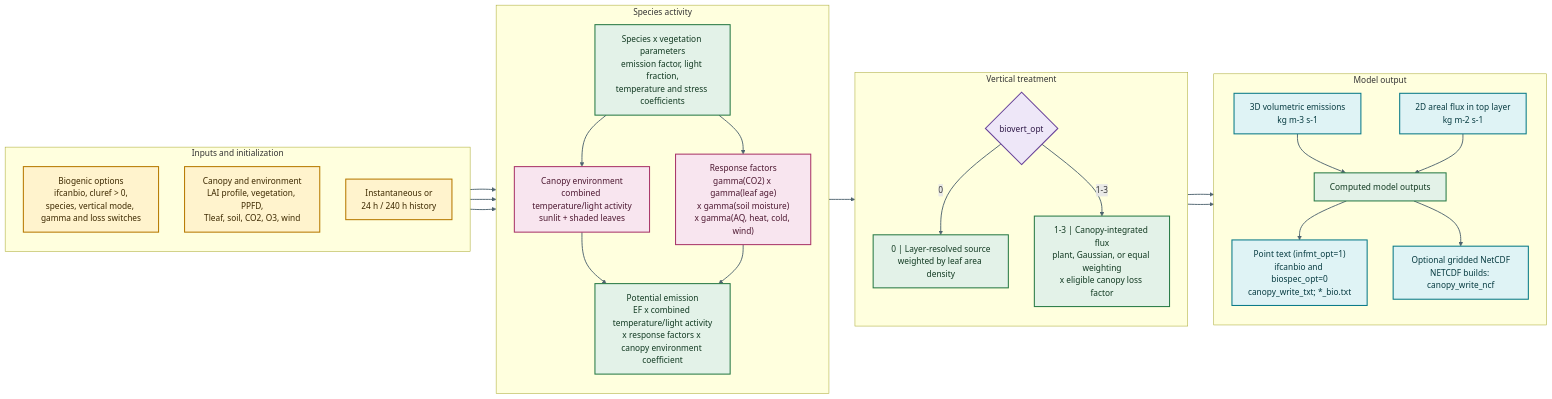
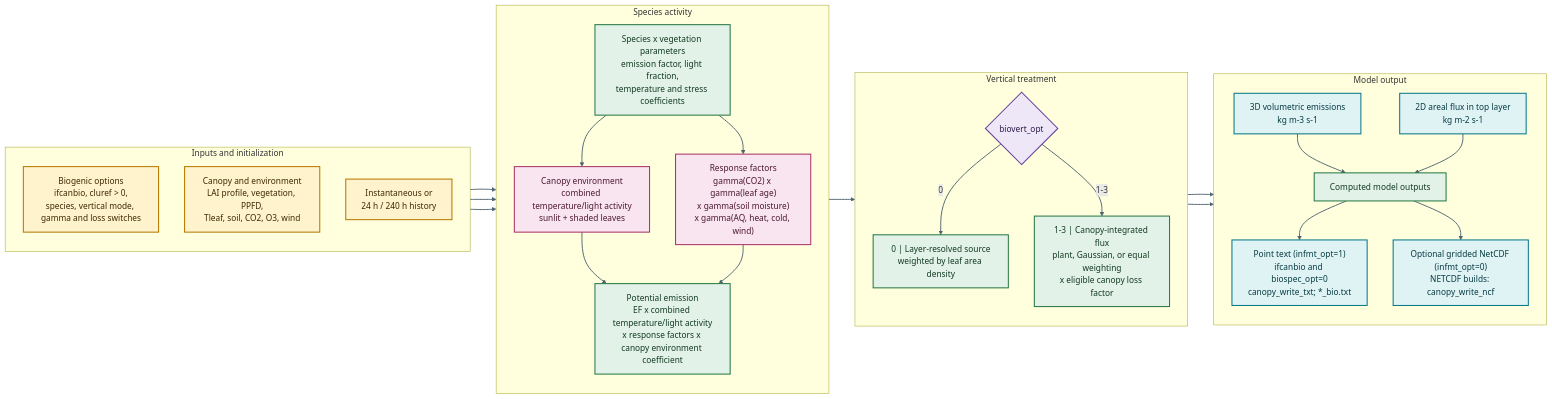
Before and after one commit to noaa-oar-arl/canopy-app: the first of 2 diagrams in docs/science/parameterizations.md, drawn with Mermaid.

Commit message:
Update NCF description for optional gridded NetCDF

````diff
--- a/docs/science/parameterizations.md
+++ b/docs/science/parameterizations.md
@@ -95,56 +95,56 @@
 ```mermaid
 flowchart LR
 	classDef input fill:#FFF3CD,stroke:#B77900,color:#3D2900,stroke-width:2px
 	classDef model fill:#E3F2E8,stroke:#287A45,color:#123A22,stroke-width:2px
 	classDef factor fill:#F8E5EF,stroke:#A93669,color:#4D1831,stroke-width:2px
 	classDef decision fill:#EEE7F8,stroke:#68429A,color:#2F1948,stroke-width:2px
 	classDef output fill:#DFF3F5,stroke:#087987,color:#073B41,stroke-width:2px
 
 	subgraph A["Inputs and initialization"]
 		direction TB
 		CFG["Biogenic options<br/>ifcanbio, cluref > 0,<br/>species, vertical mode, gamma and loss switches"]:::input
 		STATE["Canopy and environment<br/>LAI profile, vegetation, PPFD,<br/>Tleaf, soil, CO2, O3, wind"]:::input
 		HIST["Instantaneous or<br/>24 h / 240 h history"]:::input
 	end
 
 	subgraph B["Species activity"]
 		direction TB
 		PARM["Species x vegetation parameters<br/>emission factor, light fraction,<br/>temperature and stress coefficients"]:::model
 		ENV["Canopy environment<br/>combined temperature/light activity<br/>sunlit + shaded leaves"]:::factor
 		MOD["Response factors<br/>gamma(CO2) x gamma(leaf age)<br/>x gamma(soil moisture)<br/>x gamma(AQ, heat, cold, wind)"]:::factor
 		EMIS["Potential emission<br/>EF x combined temperature/light activity<br/>x response factors x canopy environment coefficient"]:::model
 	end
 
 	subgraph C["Vertical treatment"]
 		direction TB
 		VERT{"biovert_opt"}:::decision
 		PROFILE["0 | Layer-resolved source<br/>weighted by leaf area density"]:::model
 		INTEGRATE["1-3 | Canopy-integrated flux<br/>plant, Gaussian, or equal weighting<br/>x eligible canopy loss factor"]:::model
 	end
 
 	subgraph D["Model output"]
 		direction TB
 		VOL["3D volumetric emissions<br/>kg m-3 s-1"]:::output
 		AREA["2D areal flux in top layer<br/>kg m-2 s-1"]:::output
 		OUT["Computed model outputs"]:::model
 		WRITE["Point text (infmt_opt=1)<br/>ifcanbio and biospec_opt=0<br/>canopy_write_txt; *_bio.txt"]:::output
-		NCF["Optional gridded NetCDF<br/>NETCDF builds: canopy_write_ncf"]:::output
+		NCF["Optional gridded NetCDF (infmt_opt=0)<br/>NETCDF builds: canopy_write_ncf"]:::output
 	end
 
 	CFG --> PARM
 	STATE --> ENV
 	HIST --> ENV
 	PARM --> ENV
 	PARM --> MOD
 	ENV --> EMIS
 	MOD --> EMIS
 	EMIS --> VERT
 	VERT -->|0| PROFILE --> VOL
 	VERT -->|1-3| INTEGRATE --> AREA
 	VOL --> OUT
 	AREA --> OUT
 	OUT --> WRITE
 	OUT --> NCF
 
 	linkStyle default stroke:#4F6470,stroke-width:1.8px
 ```
````
